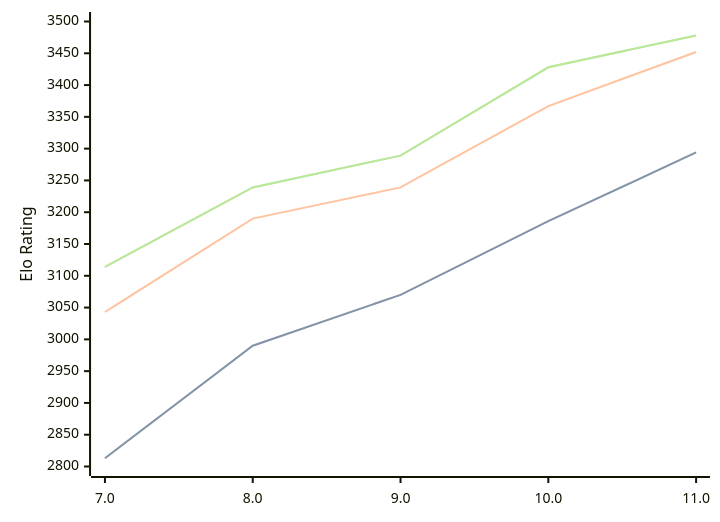
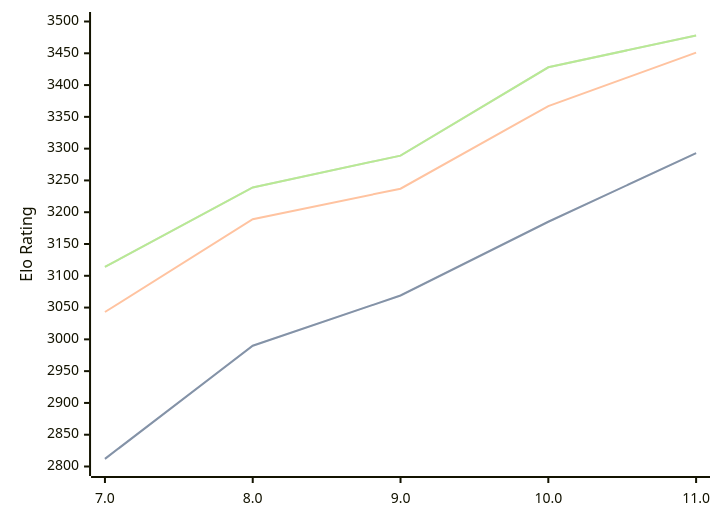
Before and after one commit to computer-chess-index/cci: the diagram in engines/Tcheran.md, drawn with Mermaid. The commit also changed other lines of this file, not shown here.

````diff
--- a/engines/Tcheran.md
+++ b/engines/Tcheran.md
@@ -47,11 +47,11 @@
 ```mermaid
 %%{init: {"theme":"base","themeVariables":{"seriesColors:['#a3a3a3','#222221','#faa371']}}}%%
 xychart-beta
   x-axis ["7.0", "8.0", "9.0", "10.0", "11.0"]
   y-axis "Elo Rating" 2800 --> 3500
-  line "STC (8.0+0.08s)" [2813, 2990, 3070, 3186, 3294]
-  line "STC (8.0+0.08s)" [2813, 2990, 3070, 3186, 3294]
-  line "LTC (60.0+0.60s)" [3043, 3190, 3239, 3367, 3452]
+  line "STC (8.0+0.08s)" [2812, 2990, 3069, 3185, 3293]
+  line "STC (8.0+0.08s)" [2812, 2990, 3069, 3185, 3293]
+  line "LTC (60.0+0.60s)" [3043, 3189, 3237, 3367, 3451]
   line "VLTC (2m24s+1.12s)" [3114, 3239, 3289, 3428, 3478]
   line "VLTC (2m24s+1.12s)" [3114, 3239, 3289, 3428, 3478]
 ```
````
